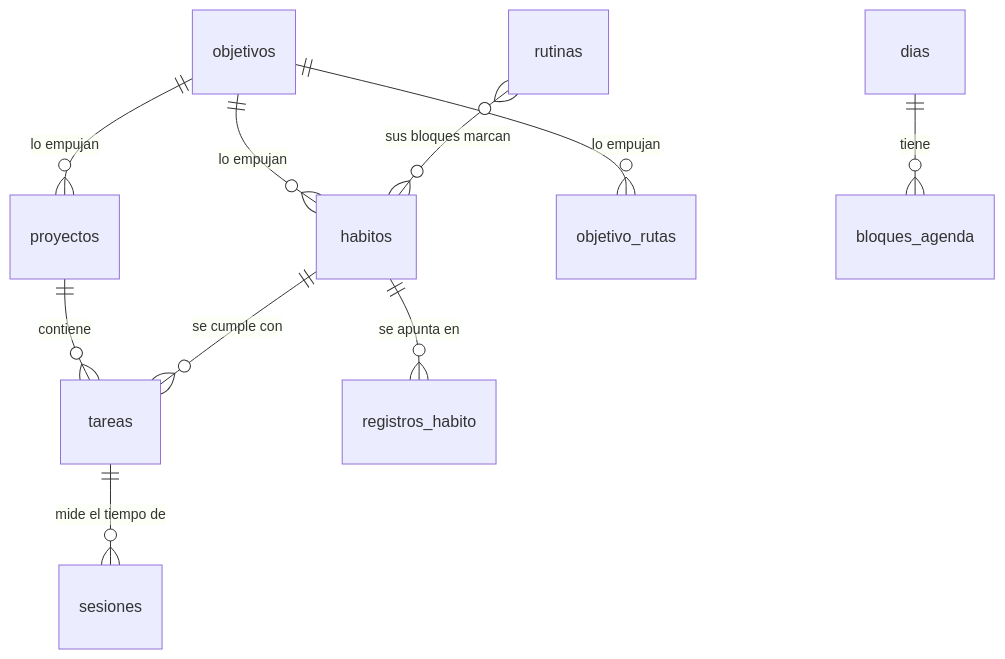
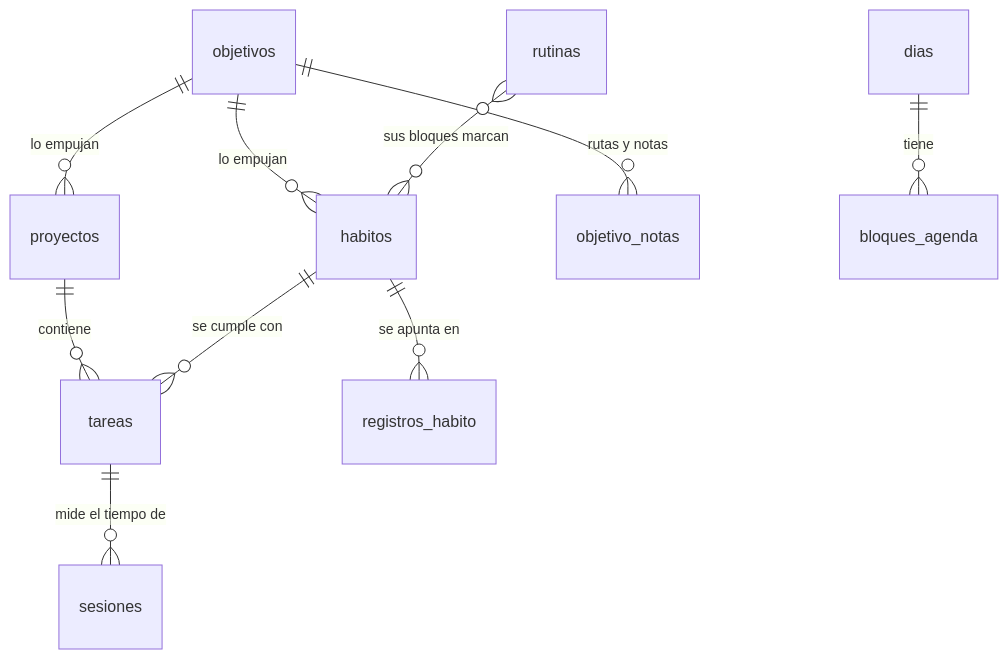
The diagram in docs/modelo-de-datos.md (angelgmx/rumbo), drawn with Mermaid before and after one commit. The commit also changed other lines of this file and 11 other files, not shown here.

````diff
--- a/docs/modelo-de-datos.md
+++ b/docs/modelo-de-datos.md
@@ -25,12 +25,12 @@
 ```mermaid
 erDiagram
   objetivos ||--o{ proyectos : "lo empujan"
   objetivos ||--o{ habitos : "lo empujan"
-  objetivos ||--o{ objetivo_rutas : "lo empujan"
+  objetivos ||--o{ objetivo_notas : "rutas y notas"
   proyectos ||--o{ tareas : contiene
   habitos ||--o{ registros_habito : "se apunta en"
   habitos ||--o{ tareas : "se cumple con"
   rutinas }o--o{ habitos : "sus bloques marcan"
   tareas ||--o{ sesiones : "mide el tiempo de"
   dias ||--o{ bloques_agenda : tiene
 ```
````
